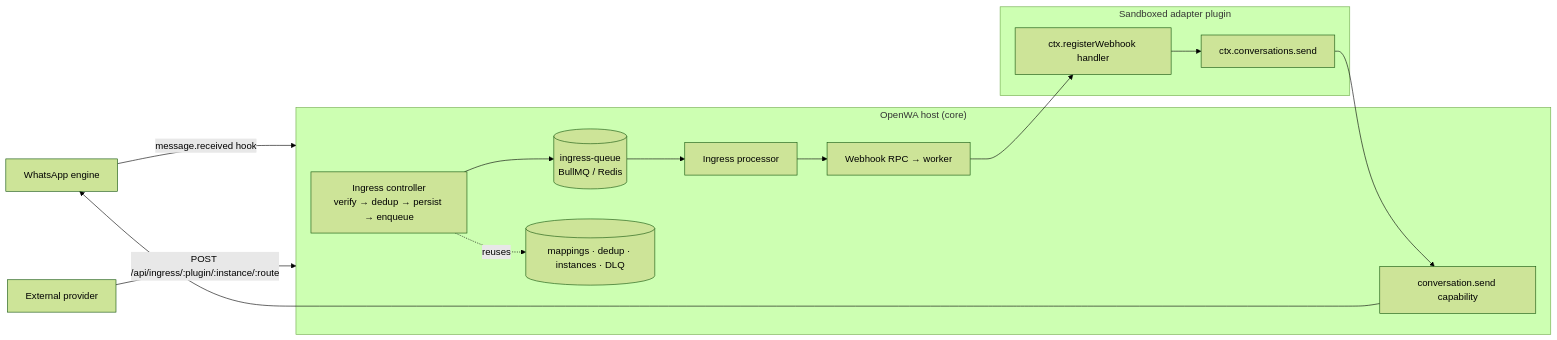
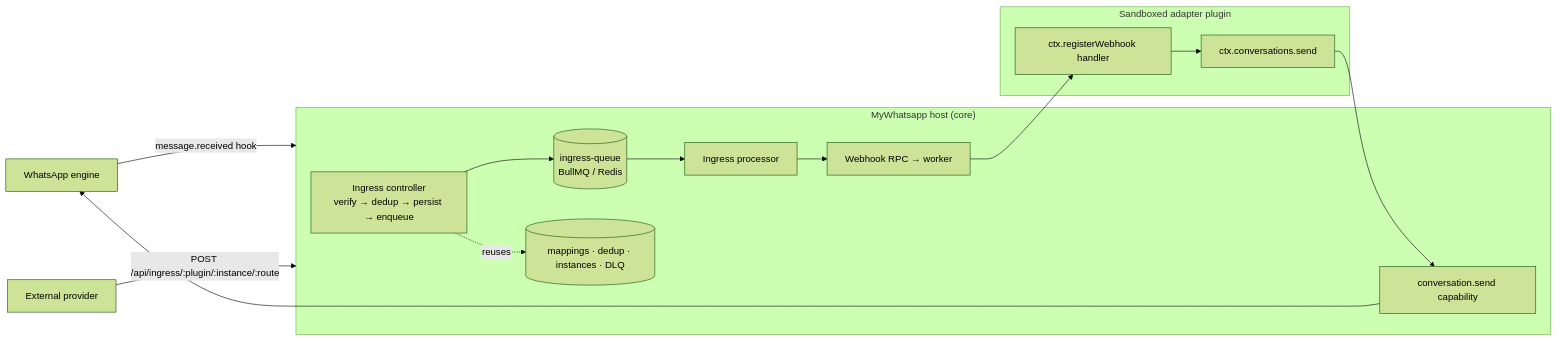
Before and after one commit to Myenum2412/whatsapptool: the diagram in docs/25-integration-fabric.md, drawn with Mermaid (forest theme). The commit also changed other lines of this file and 874 other files, not shown here.

````diff
--- a/docs/25-integration-fabric.md
+++ b/docs/25-integration-fabric.md
@@ -58,24 +58,24 @@
 ```mermaid
 flowchart LR
     WA[WhatsApp engine] -- message.received hook --> Core
     Provider[External provider] -- POST /api/ingress/:plugin/:instance/:route --> Core
 
-    subgraph Core["OpenWA host (core)"]
+    subgraph Core["MyWhatsapp host (core)"]
         Ingress[Ingress controller<br/>verify → dedup → persist → enqueue]
         Queue[(ingress-queue<br/>BullMQ / Redis)]
         Processor[Ingress processor]
         RPC[Webhook RPC → worker]
         Cap[conversation.send capability]
         Tables[(mappings · dedup · instances · DLQ)]
         Ingress --> Queue --> Processor --> RPC
     end
 
     subgraph Plugin["Sandboxed adapter plugin"]
         Handler[ctx.registerWebhook handler]
         Send[ctx.conversations.send]
     end
 
     RPC --> Handler
     Handler --> Send --> Cap --> WA
     Ingress -. reuses .-> Tables
 ```
````
